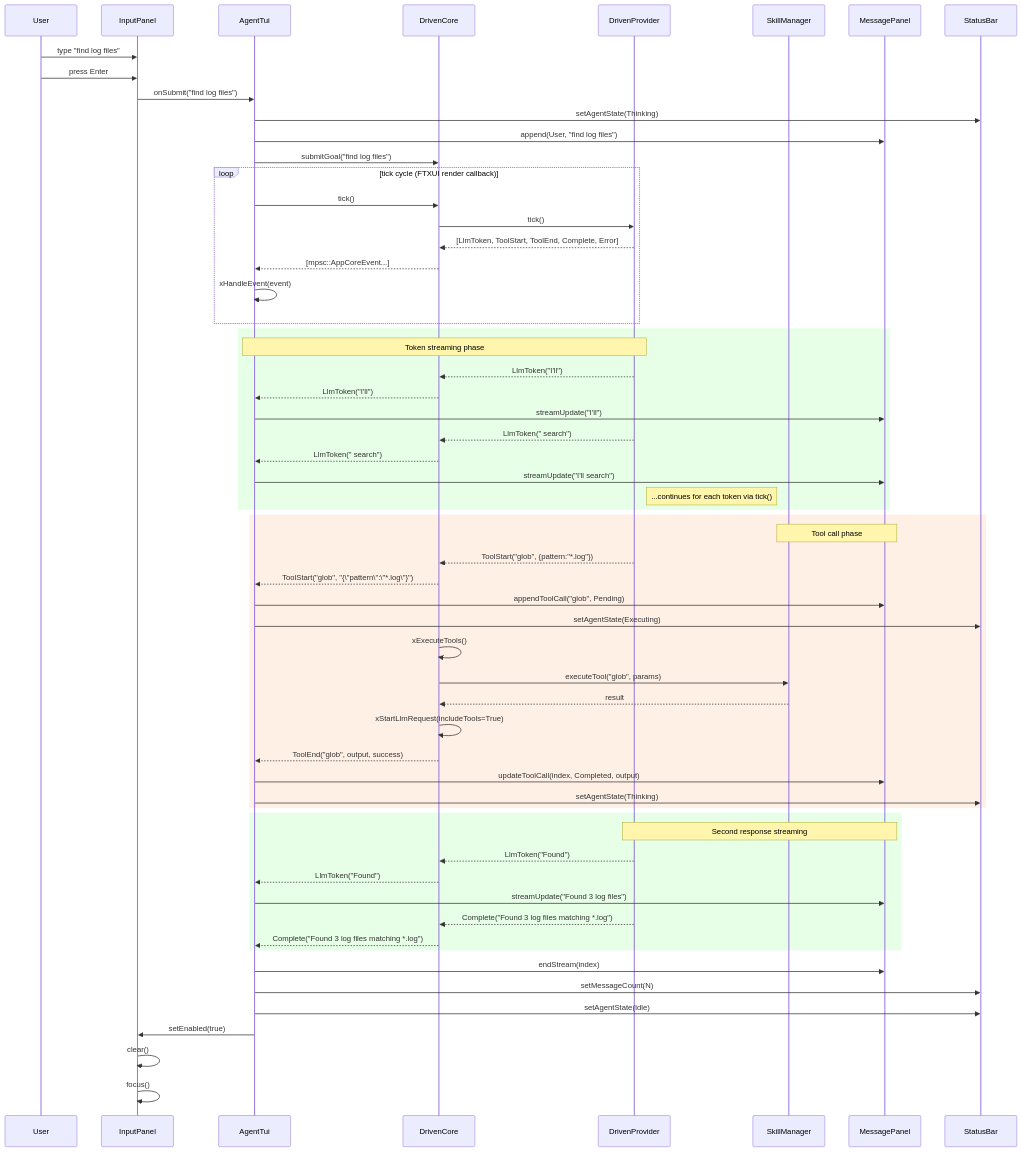
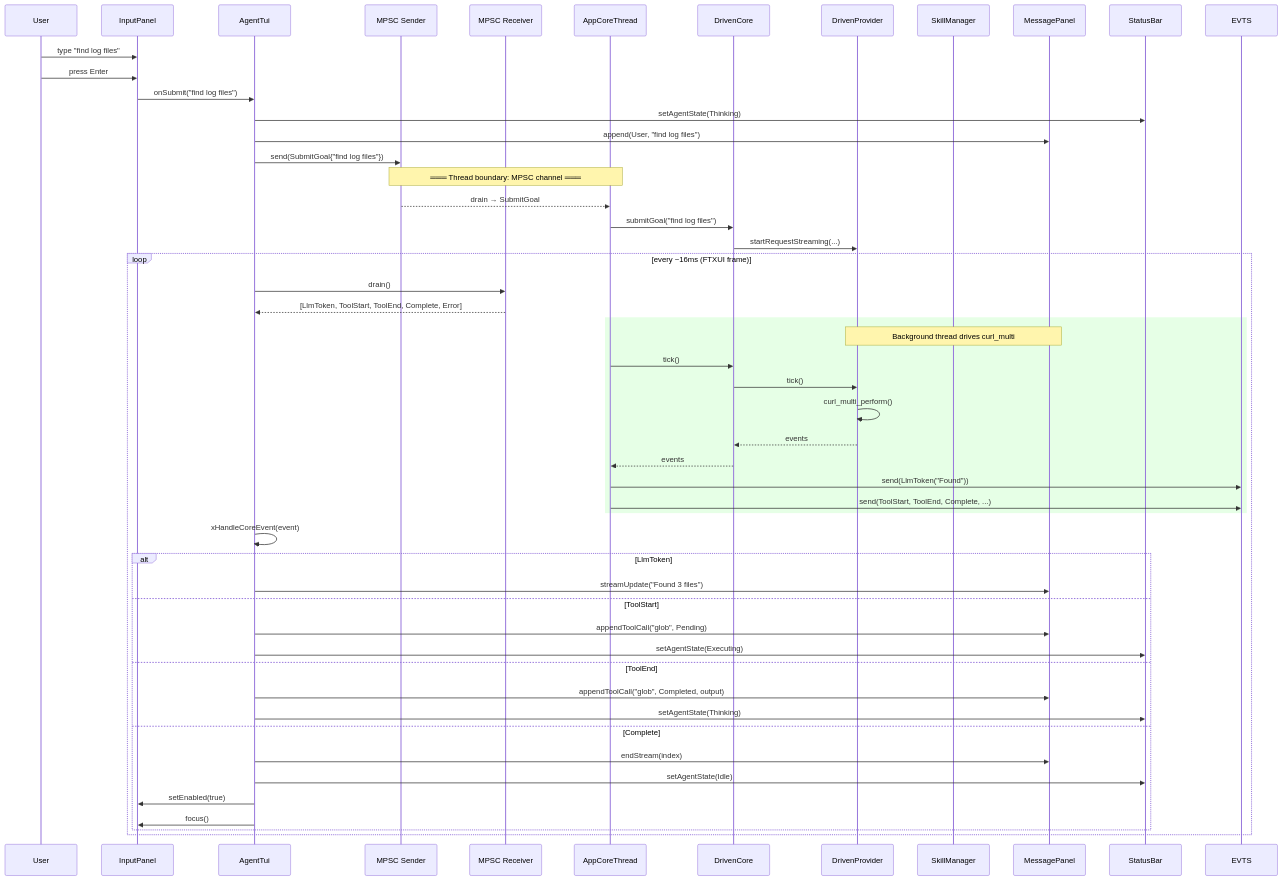
One commit to opensassi/a0 changed the second of 6 diagrams in src/tui/technical-specification.md. Above: the diagram before and after it, drawn with Mermaid. The commit also changed other lines of this file and 35 other files, not shown here.

Commit message:
2026-06-05-tui-architecture-overhaul-16705130bffeF9iQwbEtbGaR32

````diff
--- a/src/tui/technical-specification.md
+++ b/src/tui/technical-specification.md
@@ -566,68 +589,60 @@
 ```mermaid
 sequenceDiagram
     participant User
     participant IP as InputPanel
     participant AT as AgentTui
+    participant CMD as MPSC Sender
+    participant EVT as MPSC Receiver
+    participant ACT as AppCoreThread
     participant DC as DrivenCore
     participant DP as DrivenProvider
     participant SK as SkillManager
     participant MP as MessagePanel
     participant SB as StatusBar
 
     User->>IP: type "find log files"
     User->>IP: press Enter
     IP->>AT: onSubmit("find log files")
     AT->>SB: setAgentState(Thinking)
     AT->>MP: append(User, "find log files")
-    AT->>DC: submitGoal("find log files")
+    AT->>CMD: send(SubmitGoal{"find log files"})
 
-    loop tick cycle (FTXUI render callback)
-        AT->>DC: tick()
-        DC->>DP: tick()
-        DP-->>DC: [LlmToken, ToolStart, ToolEnd, Complete, Error]
-        DC-->>AT: [mpsc::AppCoreEvent...]
-        AT->>AT: xHandleEvent(event)
+    Note over CMD,ACT: ═══ Thread boundary: MPSC channel ═══
+
+    CMD-->>ACT: drain → SubmitGoal
+    ACT->>DC: submitGoal("find log files")
+    DC->>DP: startRequestStreaming(...)
+
+    loop every ~16ms (FTXUI frame)
+        AT->>EVT: drain()
+        EVT-->>AT: [LlmToken, ToolStart, ToolEnd, Complete, Error]
+
+        rect rgb(230, 255, 230)
+            Note over DP,MP: Background thread drives curl_multi
+            ACT->>DC: tick()
+            DC->>DP: tick()
+            DP->>DP: curl_multi_perform()
+            DP-->>DC: events
+            DC-->>ACT: events
+            ACT->>EVTS: send(LlmToken("Found"))
+            ACT->>EVTS: send(ToolStart, ToolEnd, Complete, ...)
+        end
+
+        AT->>AT: xHandleCoreEvent(event)
+
+        alt LlmToken
+            AT->>MP: streamUpdate("Found 3 files")
+        else ToolStart
+            AT->>MP: appendToolCall("glob", Pending)
+            AT->>SB: setAgentState(Executing)
+        else ToolEnd
+            AT->>MP: appendToolCall("glob", Completed, output)
+            AT->>SB: setAgentState(Thinking)
+        else Complete
+            AT->>MP: endStream(index)
+            AT->>SB: setAgentState(Idle)
+            AT->>IP: setEnabled(true)
+            AT->>IP: focus()
+        end
     end
-
-    rect rgb(230, 255, 230)
-        Note over DP,AT: Token streaming phase
-        DP-->>DC: LlmToken("I'll")
-        DC-->>AT: LlmToken("I'll")
-        AT->>MP: streamUpdate("I'll")
-        DP-->>DC: LlmToken(" search")
-        DC-->>AT: LlmToken(" search")
-        AT->>MP: streamUpdate("I'll search")
-        Note right of DP: ...continues for each token via tick()
-    end
-
-    rect rgb(255, 240, 230)
-        Note over SK,MP: Tool call phase
-        DP-->>DC: ToolStart("glob", {pattern:"*.log"})
-        DC-->>AT: ToolStart("glob", "{\"pattern\":\"*.log\"}")
-        AT->>MP: appendToolCall("glob", Pending)
-        AT->>SB: setAgentState(Executing)
-        DC->>DC: xExecuteTools()
-        DC->>SK: executeTool("glob", params)
-        SK-->>DC: result
-        DC->>DC: xStartLlmRequest(includeTools=True)
-        DC-->>AT: ToolEnd("glob", output, success)
-        AT->>MP: updateToolCall(index, Completed, output)
-        AT->>SB: setAgentState(Thinking)
-    end
-
-    rect rgb(230, 255, 230)
-        Note over DP,MP: Second response streaming
-        DP-->>DC: LlmToken("Found")
-        DC-->>AT: LlmToken("Found")
-        AT->>MP: streamUpdate("Found 3 log files")
-        DP-->>DC: Complete("Found 3 log files matching *.log")
-        DC-->>AT: Complete("Found 3 log files matching *.log")
-    end
-
-    AT->>MP: endStream(index)
-    AT->>SB: setMessageCount(N)
-    AT->>SB: setAgentState(Idle)
-    AT->>IP: setEnabled(true)
-    IP->>IP: clear()
-    IP->>IP: focus()
 ```
````
